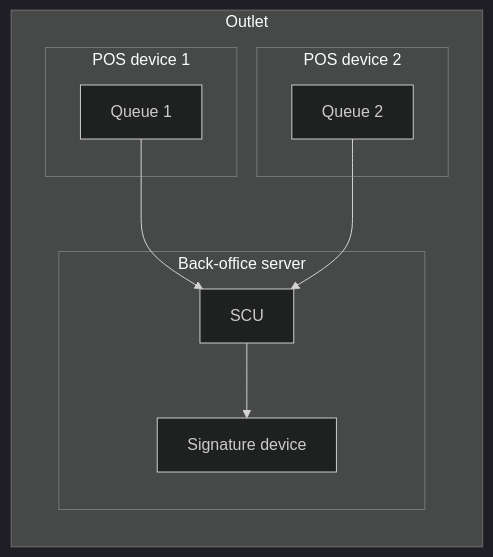
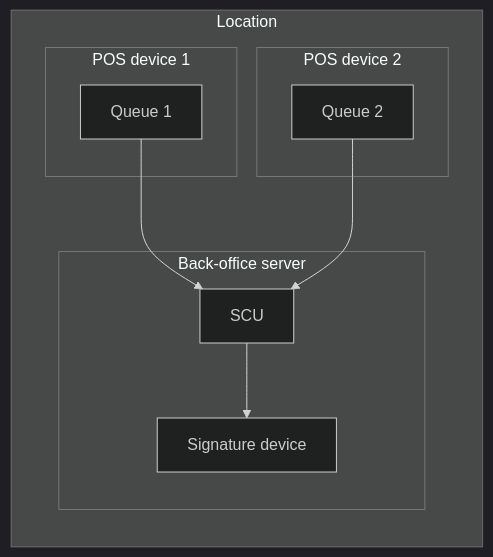
One commit to fiskaltrust/docs changed the fifth of 6 diagrams in poscreators/getting-started/choosing-an-architecture.md. Above: the diagram before and after it, drawn with Mermaid (dark theme). The commit also changed other lines of this file, not shown here.

First line of the commit message:
Merge main; align architecture guide with Terminals and Locations page

````diff
--- a/poscreators/getting-started/choosing-an-architecture.md
+++ b/poscreators/getting-started/choosing-an-architecture.md
@@ -159,16 +159,16 @@
 ```mermaid
 flowchart LR
-    subgraph Outlet
+    subgraph Location
         subgraph P1[POS device 1]
             Q1[Queue 1]
         end
         subgraph P2[POS device 2]
             Q2[Queue 2]
         end
         subgraph S[Back-office server]
             SCU[SCU] --> DEV[Signature device]
         end
         Q1 --> SCU
         Q2 --> SCU
     end
 ```
````
